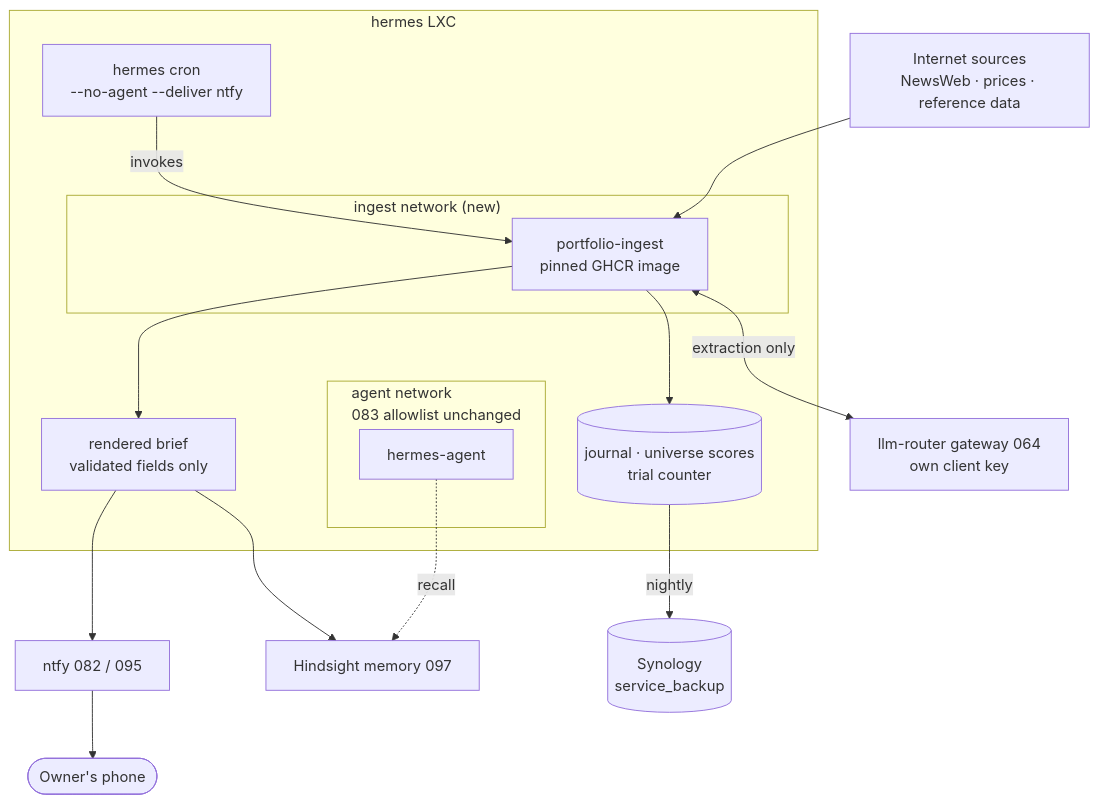
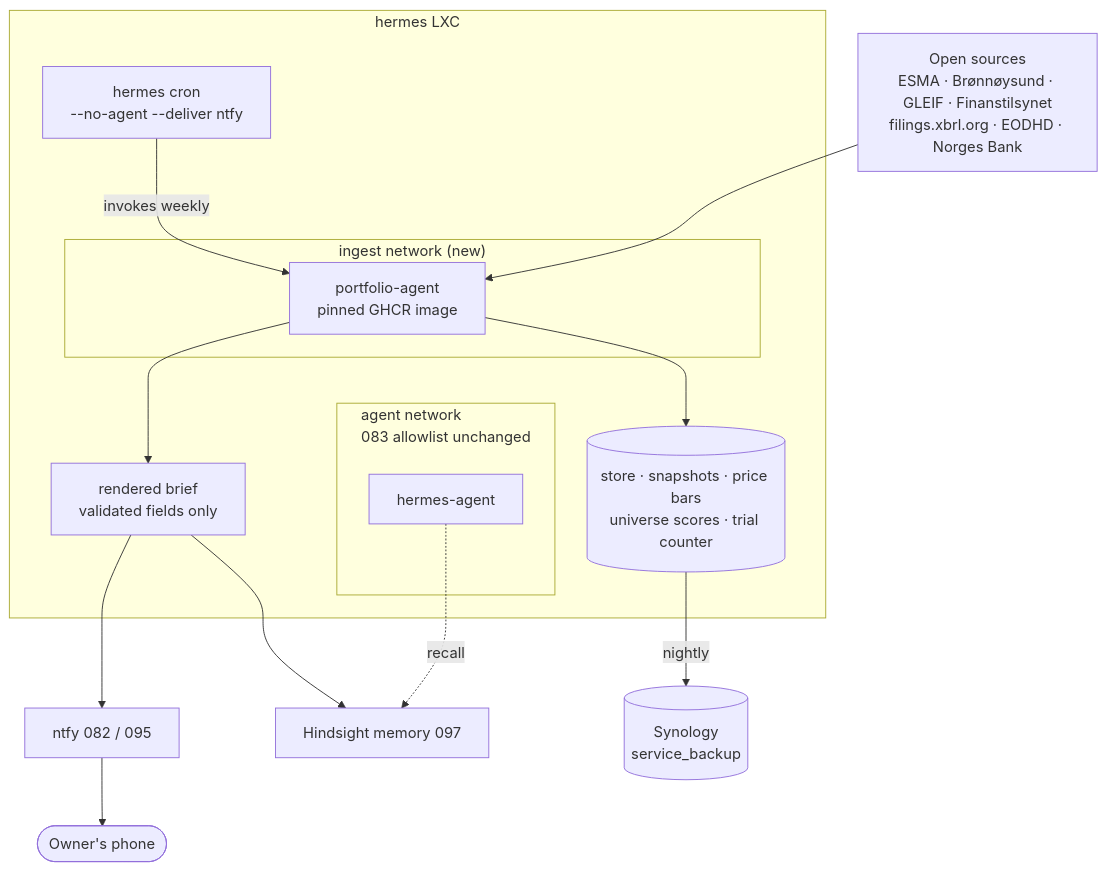
Before and after one commit to lightenup/homelab-proxmox: the diagram in docs/backlog/098-portfolio-agent-deploy.md, drawn with Mermaid. The commit also changed other lines of this file, not shown here.

First line of the commit message:
docs(backlog): revise 098 for portfolio-agent's open-data redesign

````diff
--- a/docs/backlog/098-portfolio-agent-deploy.md
+++ b/docs/backlog/098-portfolio-agent-deploy.md
@@ -117,33 +137,31 @@
 ```mermaid
 flowchart TB
-  SRC["Internet sources<br/>NewsWeb · prices · reference data"]
+  SRC["Open sources<br/>ESMA · Brønnøysund · GLEIF · Finanstilsynet<br/>filings.xbrl.org · EODHD · Norges Bank"]
 
   subgraph lxc["hermes LXC"]
     CRON["hermes cron<br/>--no-agent --deliver ntfy"]
     subgraph inet["ingest network (new)"]
-      ING["portfolio-ingest<br/>pinned GHCR image"]
+      ING["portfolio-agent<br/>pinned GHCR image"]
     end
     BR["rendered brief<br/>validated fields only"]
-    ST[("journal · universe scores<br/>trial counter")]
+    ST[("store · snapshots · price bars<br/>universe scores · trial counter")]
     subgraph anet["agent network<br/>083 allowlist unchanged"]
       AG["hermes-agent"]
     end
   end
 
-  GW["llm-router gateway 064<br/>own client key"]
   NTFY["ntfy 082 / 095"]
   HS["Hindsight memory 097"]
   NAS[("Synology<br/>service_backup")]
   PHONE(["Owner's phone"])
 
-  CRON -->|invokes| ING
+  CRON -->|invokes weekly| ING
   SRC --> ING
-  ING <-->|extraction only| GW
   ING --> ST
   ING --> BR
   BR --> NTFY
   BR --> HS
   NTFY --> PHONE
   AG -.recall.-> HS
   ST -->|nightly| NAS
 ```
````
